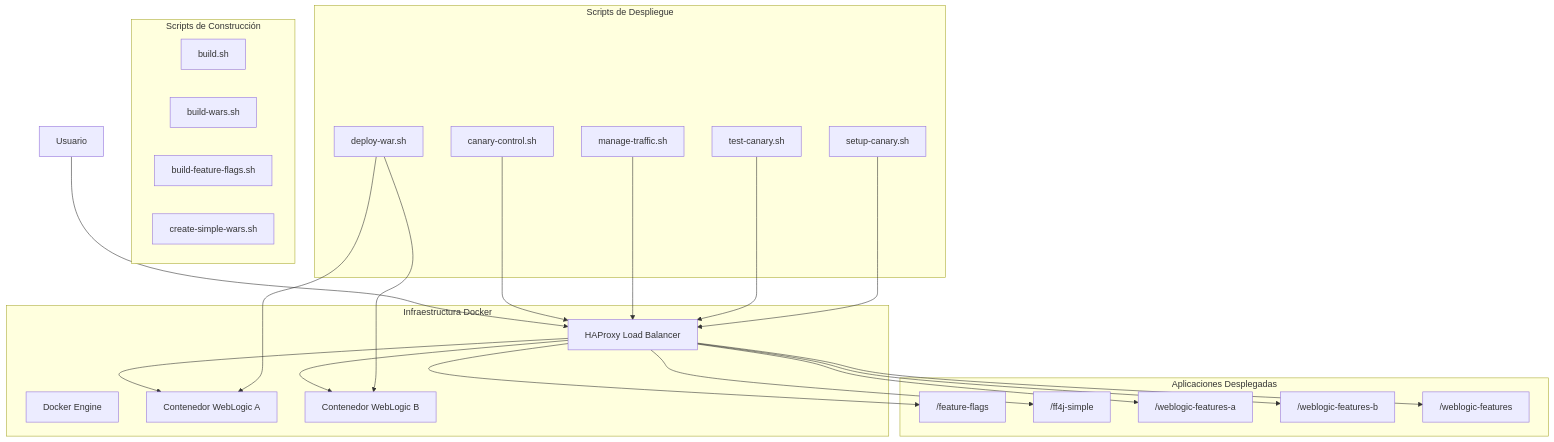
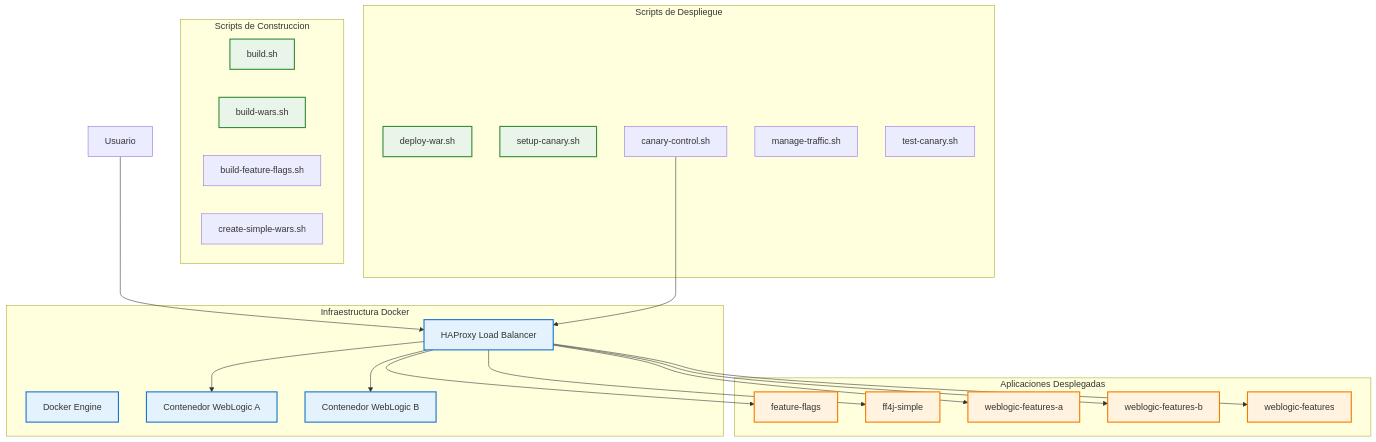
One commit to giovanemere/poc-icbs changed the first of 8 diagrams in docs/arquitectura-mejorada.md. Above: the diagram before and after it, drawn with Mermaid. The commit also changed other lines of this file and 19 other files, not shown here.

````diff
--- a/docs/arquitectura-mejorada.md
+++ b/docs/arquitectura-mejorada.md
@@ -5,54 +5,52 @@
 ```mermaid
 graph TD
     subgraph "Infraestructura Docker"
         Docker[Docker Engine]
         HAProxy[HAProxy Load Balancer]
         WebLogicA[Contenedor WebLogic A]
         WebLogicB[Contenedor WebLogic B]
     end
 
-    subgraph "Scripts de Construcción"
+    subgraph "Scripts de Construccion"
         BuildSh[build.sh]
         BuildWarsSh[build-wars.sh]
         BuildFeatureFlagsSh[build-feature-flags.sh]
         CreateSimpleWarsSh[create-simple-wars.sh]
     end
 
     subgraph "Scripts de Despliegue"
         DeployWarSh[deploy-war.sh]
         SetupCanarySh[setup-canary.sh]
         CanaryControlSh[canary-control.sh]
         ManageTrafficSh[manage-traffic.sh]
         TestCanarySh[test-canary.sh]
     end
 
     subgraph "Aplicaciones Desplegadas"
-        FeatureFlagsApp["/feature-flags"]
-        FF4JConsoleApp["/ff4j-simple"]
-        VersionAApp["/weblogic-features-a"]
-        VersionBApp["/weblogic-features-b"]
-        CanaryApp["/weblogic-features"]
+        FeatureFlagsApp[feature-flags]
+        FF4JConsoleApp[ff4j-simple]
+        VersionAApp[weblogic-features-a]
+        VersionBApp[weblogic-features-b]
+        CanaryApp[weblogic-features]
     end
 
-    %% Relaciones principales
     User[Usuario] --> HAProxy
     HAProxy --> WebLogicA
     HAProxy --> WebLogicB
     
-    %% Acceso a aplicaciones
     HAProxy --> FeatureFlagsApp
     HAProxy --> FF4JConsoleApp
     HAProxy --> VersionAApp
     HAProxy --> VersionBApp
     HAProxy --> CanaryApp
     
-    %% Flujo de control
     CanaryControlSh --> HAProxy
-    ManageTrafficSh --> HAProxy
-    TestCanarySh --> HAProxy
     
-    %% Despliegue
-    DeployWarSh --> WebLogicA
-    DeployWarSh --> WebLogicB
-    SetupCanarySh --> HAProxy
+    classDef docker fill:#e3f2fd,stroke:#1976d2,stroke-width:2px
+    classDef scripts fill:#e8f5e8,stroke:#388e3c,stroke-width:2px
+    classDef apps fill:#fff3e0,stroke:#f57c00,stroke-width:2px
+    
+    class Docker,HAProxy,WebLogicA,WebLogicB docker
+    class BuildSh,BuildWarsSh,DeployWarSh,SetupCanarySh scripts
+    class FeatureFlagsApp,FF4JConsoleApp,VersionAApp,VersionBApp,CanaryApp apps
 ```
````
